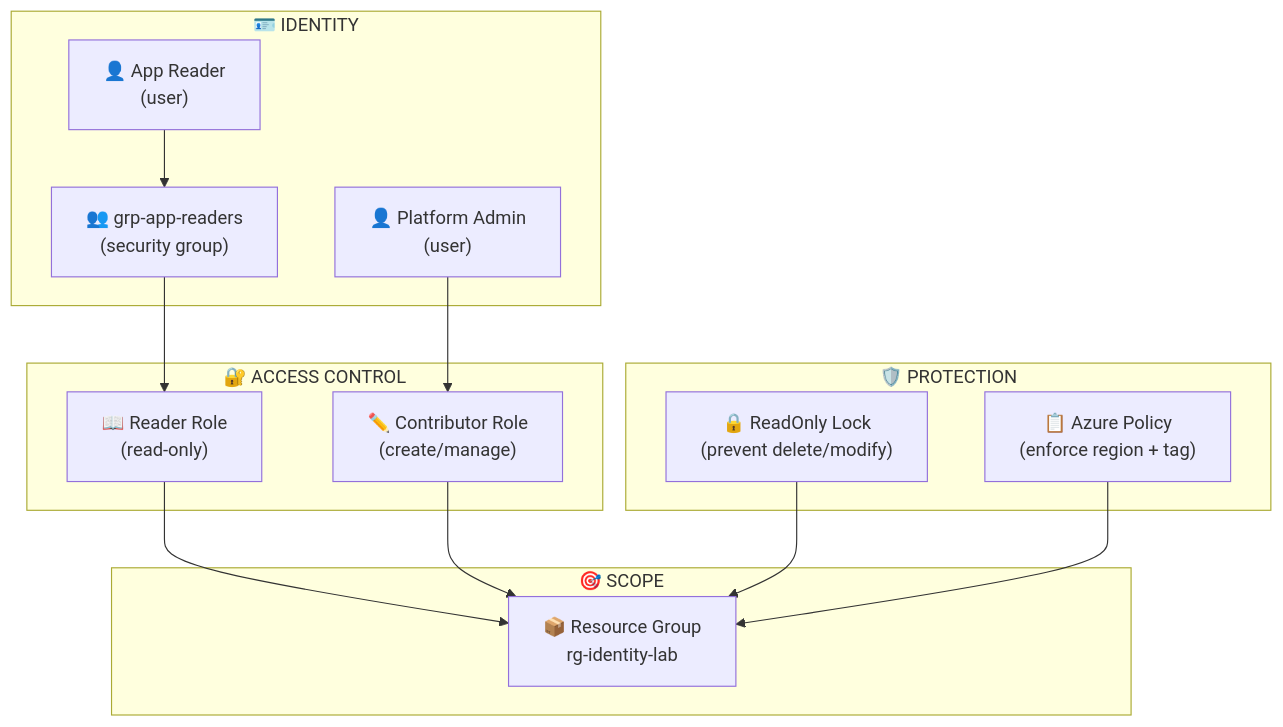
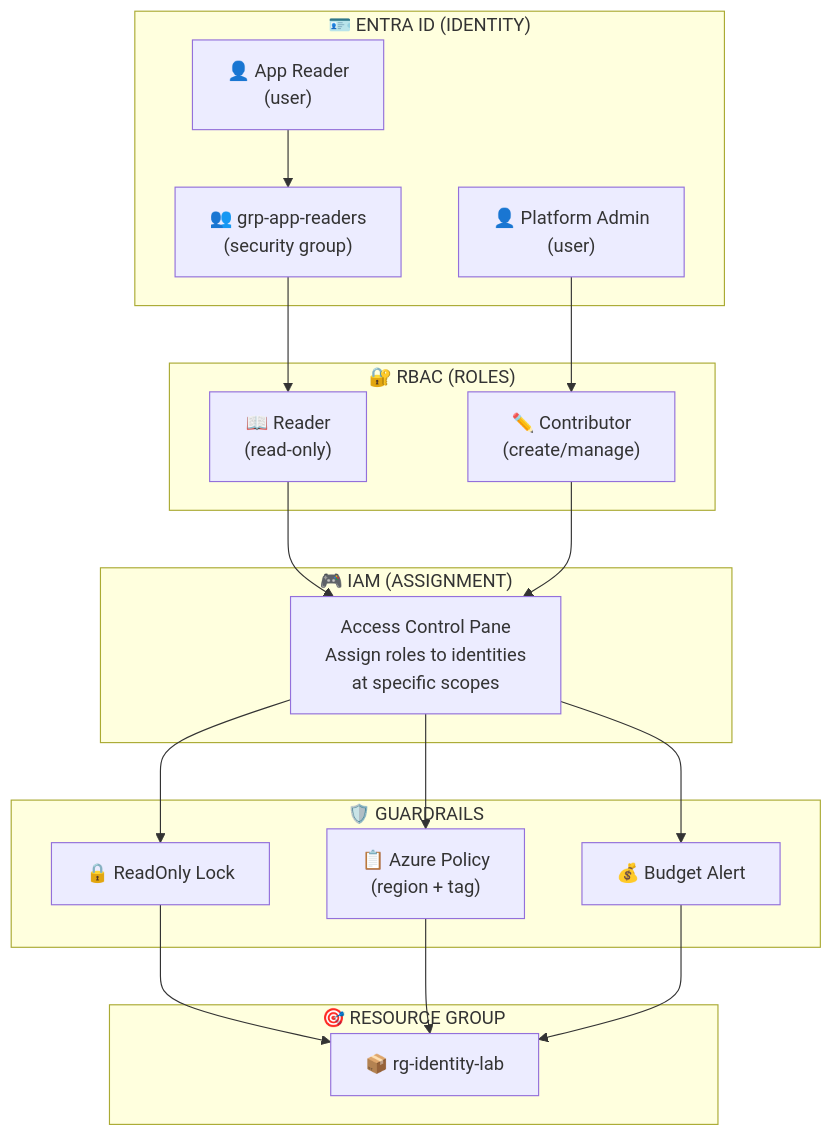
One commit to rubak714/azure-system-administration changed the first of 2 diagrams in 01-identity-governance/README.md. Above: the diagram before and after it, drawn with Mermaid. The commit also changed other lines of this file, not shown here.

First line of the commit message:
docs: improve readability and professionalism of identity governance lab

````diff
--- a/01-identity-governance/README.md
+++ b/01-identity-governance/README.md
@@ -44,30 +44,39 @@
 ```mermaid
 graph TB
-    subgraph Identity["🪪 IDENTITY"]
+    subgraph Identities["🪪 ENTRA ID (IDENTITY)"]
         U1["👤 App Reader<br/>(user)"]
         U2["👤 Platform Admin<br/>(user)"]
         GRP["👥 grp-app-readers<br/>(security group)"]
         U1 --> GRP
     end
     
-    subgraph Access["🔐 ACCESS CONTROL"]
-        READER["📖 Reader Role<br/>(read-only)"]
-        CONTRIB["✏️ Contributor Role<br/>(create/manage)"]
-        GRP --> READER
-        U2 --> CONTRIB
+    subgraph Roles["🔐 RBAC (ROLES)"]
+        READER["📖 Reader<br/>(read-only)"]
+        CONTRIB["✏️ Contributor<br/>(create/manage)"]
     end
     
-    subgraph Protection["🛡️ PROTECTION"]
-        LOCK["🔒 ReadOnly Lock<br/>(prevent delete/modify)"]
-        POL["📋 Azure Policy<br/>(enforce region + tag)"]
+    subgraph IAM_Layer["🎮 IAM (ASSIGNMENT)"]
+        ASSIGN["Access Control Pane<br/>Assign roles to identities<br/>at specific scopes"]
     end
     
-    subgraph Scope["🎯 SCOPE"]
-        RG["📦 Resource Group<br/>rg-identity-lab"]
+    subgraph Protections["🛡️ GUARDRAILS"]
+        LOCK["🔒 ReadOnly Lock"]
+        POL["📋 Azure Policy<br/>(region + tag)"]
+        BUD["💰 Budget Alert"]
     end
     
-    READER --> RG
-    CONTRIB --> RG
+    subgraph Resources["🎯 RESOURCE GROUP"]
+        RG["📦 rg-identity-lab"]
+    end
+    
+    GRP --> READER
+    U2 --> CONTRIB
+    READER --> ASSIGN
+    CONTRIB --> ASSIGN
+    ASSIGN --> LOCK
+    ASSIGN --> POL
+    ASSIGN --> BUD
     LOCK --> RG
     POL --> RG
+    BUD --> RG
 ```
````
